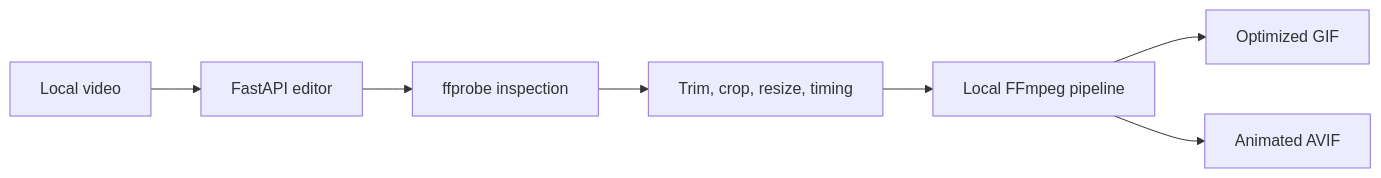
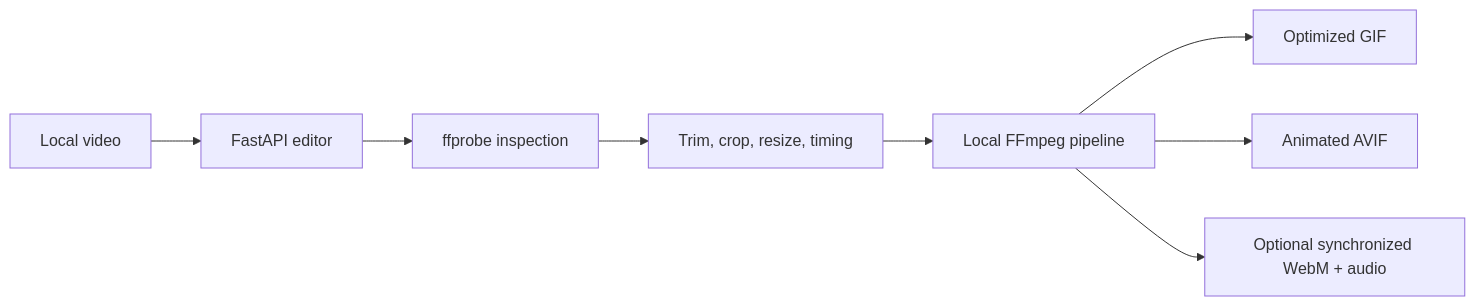
Before and after one commit to CommanderTurtle/mm-tools: the diagram in video-to-gif-avif/ARCHITECTURE.md, drawn with Mermaid. The commit also changed other lines of this file and 5 other files, not shown here.

````diff
--- a/video-to-gif-avif/ARCHITECTURE.md
+++ b/video-to-gif-avif/ARCHITECTURE.md
@@ -5,9 +5,10 @@
 ```mermaid
 flowchart LR
     Input["Local video"] --> API["FastAPI editor"]
     API --> Probe["ffprobe inspection"]
     Probe --> Edit["Trim, crop, resize, timing"]
     Edit --> FFmpeg["Local FFmpeg pipeline"]
     FFmpeg --> GIF["Optimized GIF"]
     FFmpeg --> AVIF["Animated AVIF"]
+    FFmpeg --> WebM["Optional synchronized WebM + audio"]
 ```
````
